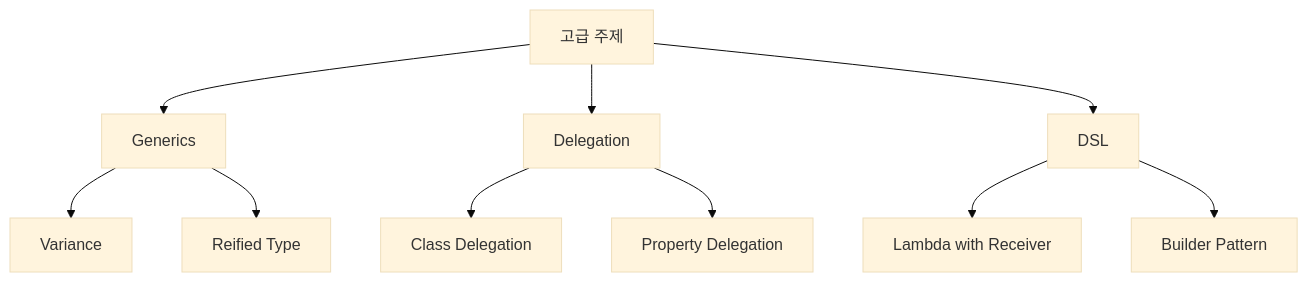
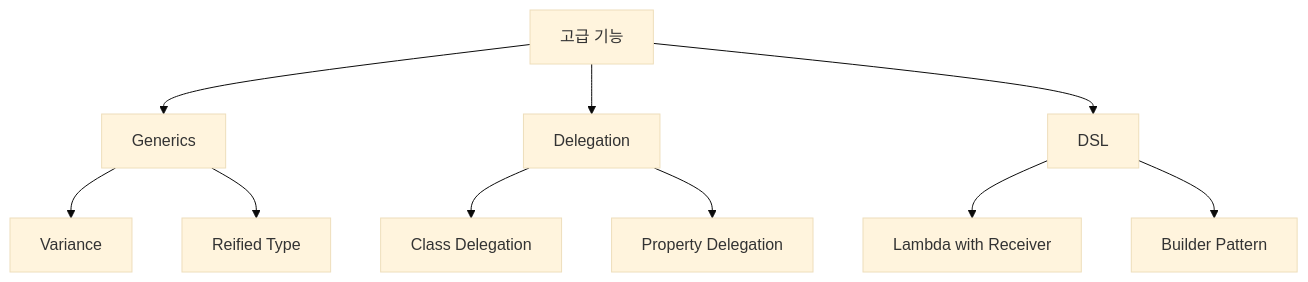
The diagram in collections/_notes/language/kotlin/advanced/index.md (choesimin/choesimin.github.io), drawn with Mermaid (base theme) before and after one commit. The commit also changed other lines of this file and 1 other file, not shown here.

````diff
--- a/collections/_notes/language/kotlin/advanced/index.md
+++ b/collections/_notes/language/kotlin/advanced/index.md
@@ -17,17 +17,17 @@
 ```mermaid
 flowchart TD
-    advanced[고급 주제]
+    advanced[고급 기능]
 
     advanced --> generics[Generics]
     advanced --> delegation[Delegation]
     advanced --> dsl[DSL]
 
     generics --> variance[Variance]
     generics --> reified[Reified Type]
 
     delegation --> class_del[Class Delegation]
     delegation --> property_del[Property Delegation]
 
     dsl --> lambda_receiver[Lambda with Receiver]
     dsl --> builder_pattern[Builder Pattern]
 ```
````
